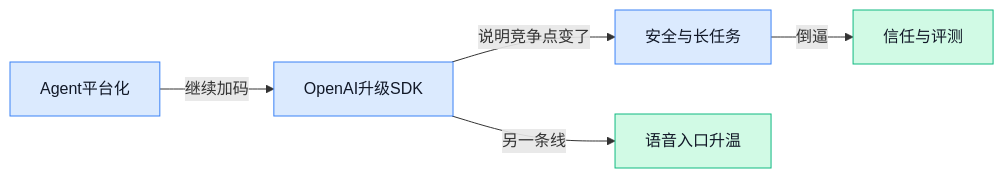
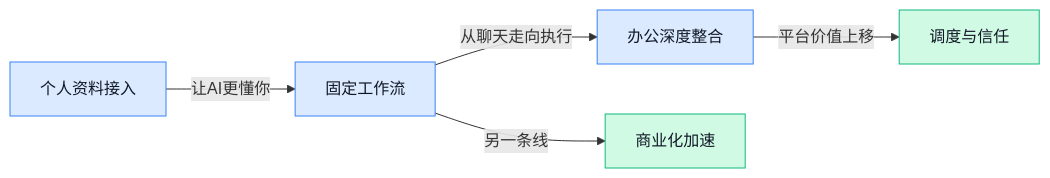
One commit to ylzsdafei/ai-daily-site changed the diagram in content/cn/2026/2026-04/2026-04-16.md. Above: the diagram before and after it, drawn with Mermaid. The commit also changed other lines of this file and 2 other files, not shown here.

````diff
--- a/content/cn/2026/2026-04/2026-04-16.md
+++ b/content/cn/2026/2026-04/2026-04-16.md
@@ -141,11 +131,11 @@
 ```mermaid
 graph LR
-A[Agent平台化] -->|继续加码| B[OpenAI升级SDK]
-B -->|说明竞争点变了| C[安全与长任务]
-C -->|倒逼| D[信任与评测]
-B -->|另一条线| E[语音入口升温]
+A[个人资料接入] -->|让AI更懂你| B[固定工作流]
+B -->|从聊天走向执行| C[办公深度整合]
+C -->|平台价值上移| D[调度与信任]
+B -->|另一条线| E[商业化加速]
 class A,B,C blue
 class D,E green
 classDef blue fill:#dbeafe,stroke:#3b82f6,color:#111827
 classDef green fill:#d1fae5,stroke:#10b981,color:#111827
 ```
````
